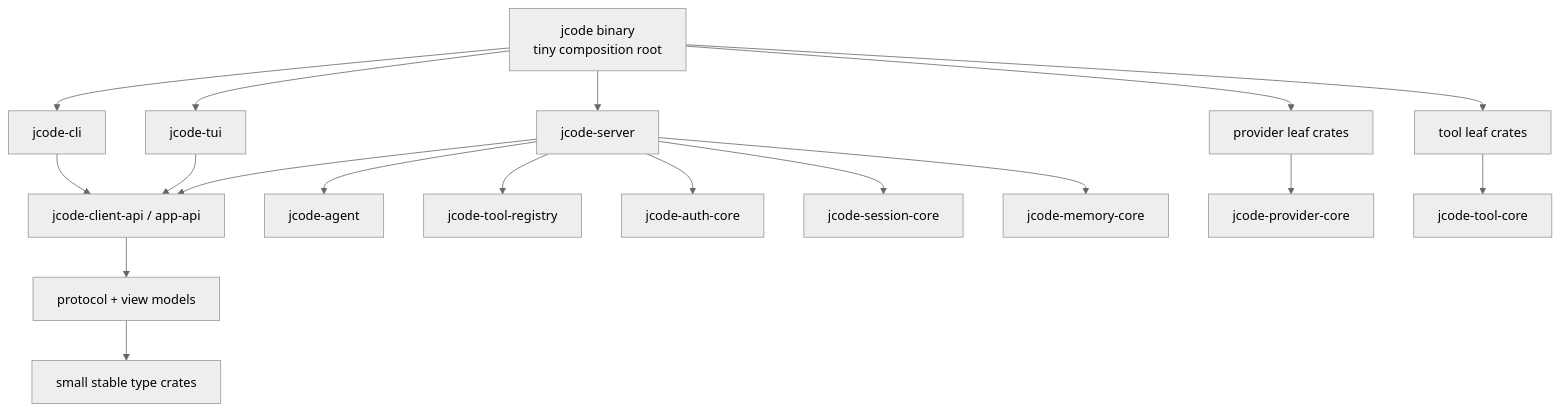
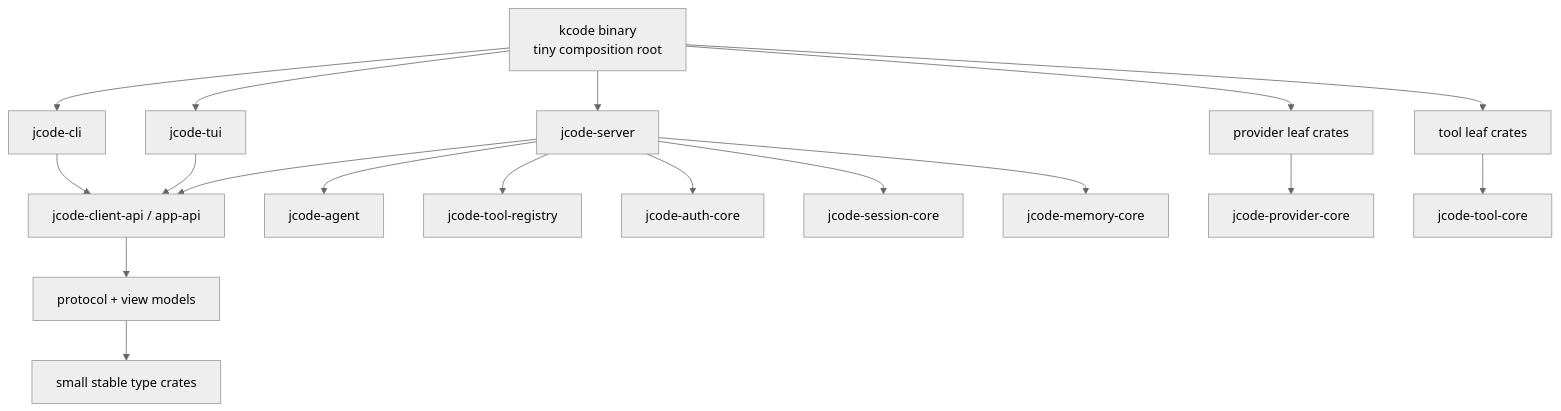
Before and after one commit to zipadoodlez/kcode: the second of 2 diagrams in docs/COMPILE_TIME_ISOLATION_REFACTOR.md, drawn with Mermaid (neutral theme). The commit also changed other lines of this file and 39 other files, not shown here.

````diff
--- a/docs/COMPILE_TIME_ISOLATION_REFACTOR.md
+++ b/docs/COMPILE_TIME_ISOLATION_REFACTOR.md
@@ -75,24 +75,24 @@
 ```mermaid
 graph TD
-    bin["jcode binary\ntiny composition root"] --> cli["jcode-cli"]
+    bin["kcode binary\ntiny composition root"] --> cli["jcode-cli"]
     bin --> tui["jcode-tui"]
     bin --> server["jcode-server"]
     bin --> providers["provider leaf crates"]
     bin --> tools["tool leaf crates"]
 
     cli --> api["jcode-client-api / app-api"]
     tui --> api
     server --> api
 
     api --> protocol["protocol + view models"]
     protocol --> types["small stable type crates"]
 
     server --> agent["jcode-agent"]
     server --> registry["jcode-tool-registry"]
     server --> auth["jcode-auth-core"]
     server --> session["jcode-session-core"]
     server --> memory["jcode-memory-core"]
 
     providers --> provider_core["jcode-provider-core"]
     tools --> tool_core["jcode-tool-core"]
 ```
````
